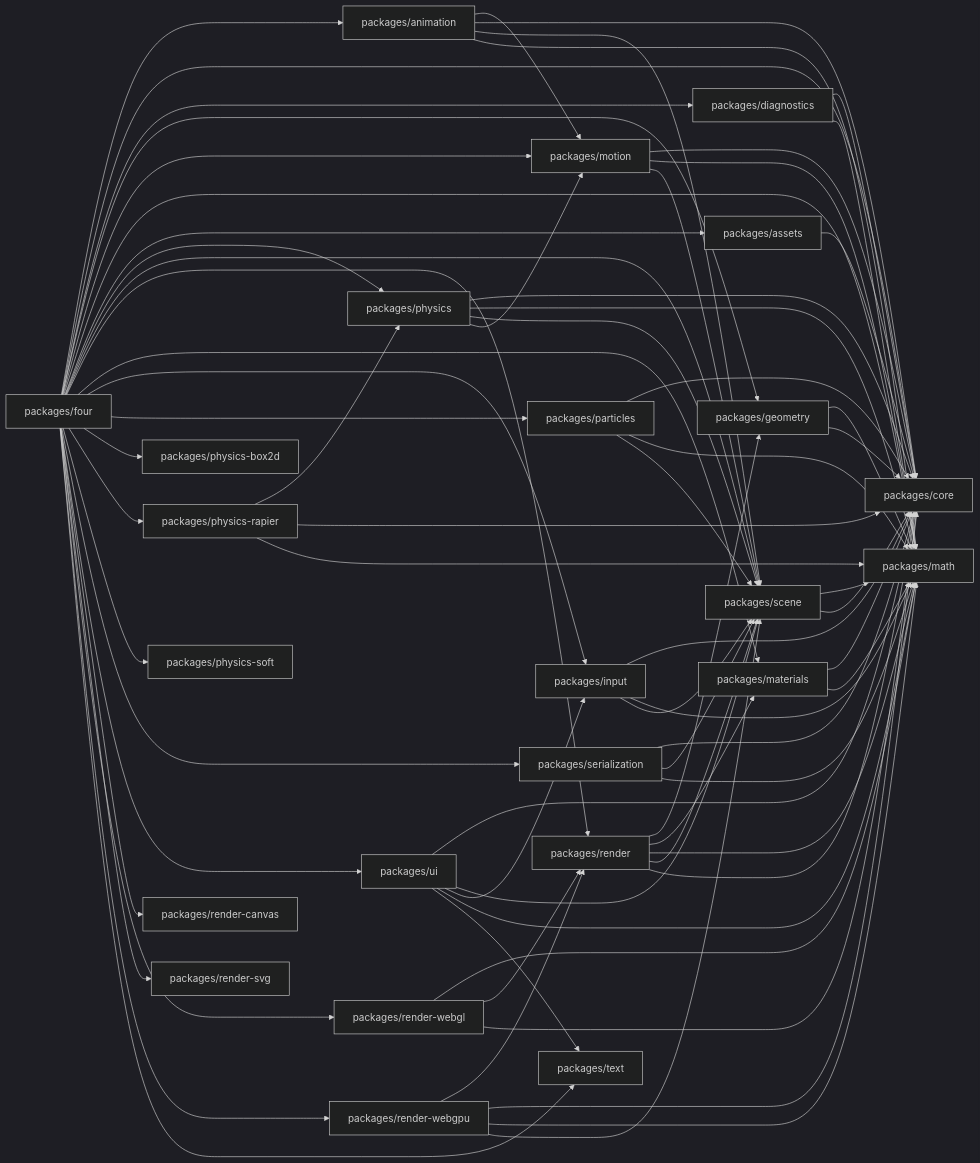
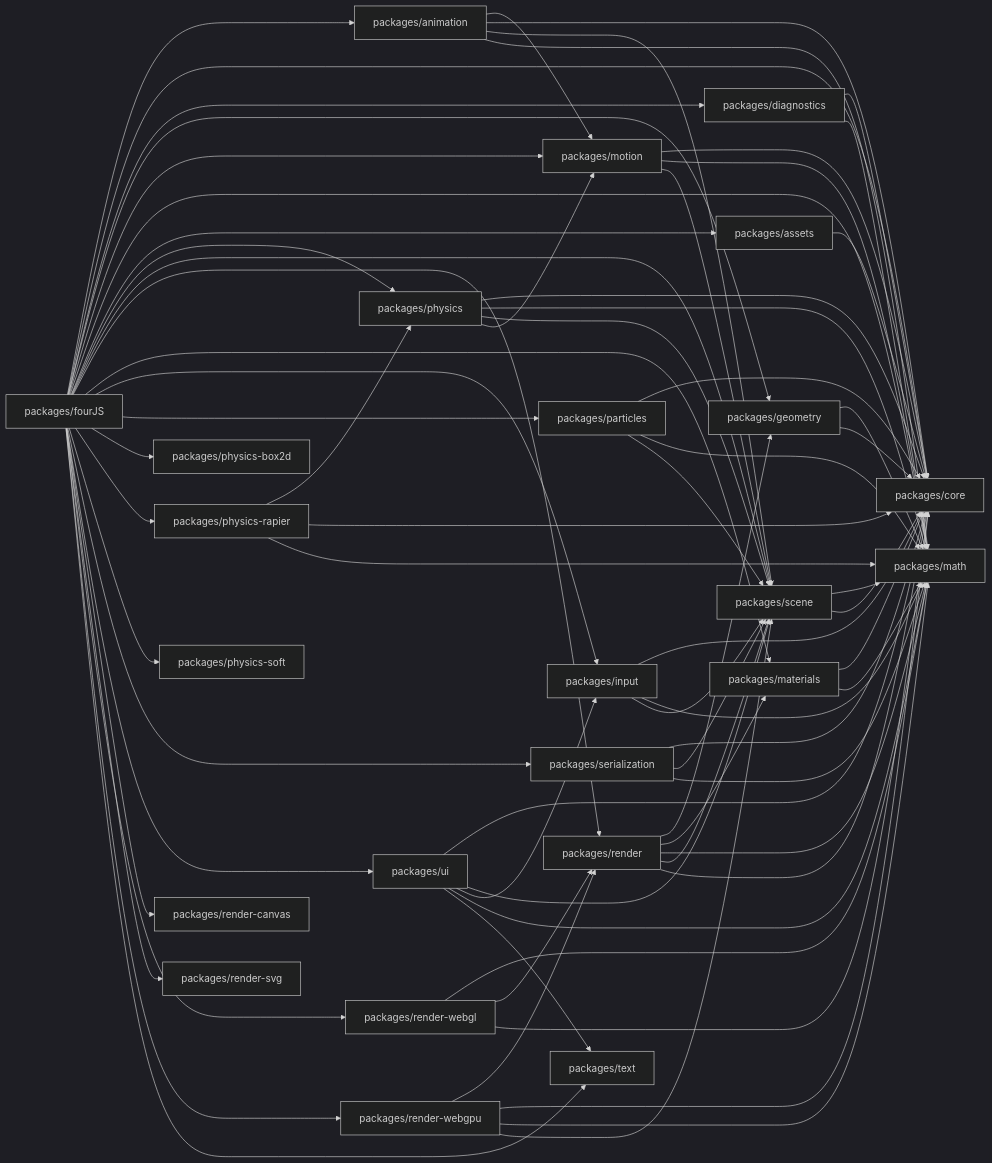
One commit to danielsimonjr/four.js changed the first of 2 diagrams in docs/Architecture/DEPENDENCY_GRAPH.md. Above: the diagram before and after it, drawn with Mermaid (dark theme). The commit also changed other lines of this file and 923 other files, not shown here.

First line of the commit message:
refactor!: rename the packages to fourJS / @fourjs (Stage 2)

```diff
--- a/docs/Architecture/DEPENDENCY_GRAPH.md
+++ b/docs/Architecture/DEPENDENCY_GRAPH.md
@@ -111,7 +111,7 @@
     P1[packages/assets]
     P2[packages/core]
     P3[packages/diagnostics]
-    P4[packages/four]
+    P4[packages/fourJS]
     P5[packages/geometry]
     P6[packages/input]
     P7[packages/materials]
```
